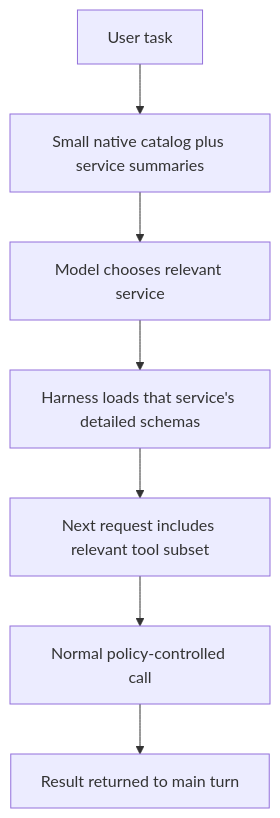
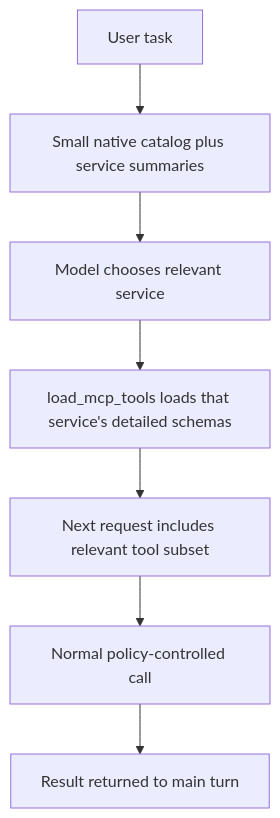
One commit to MetalCloth/mini-hermes changed the first of 7 diagrams in src/docs/14-roadmap-and-benchmark-readiness.md. Above: the diagram before and after it, drawn with Mermaid. The commit also changed other lines of this file and 18 other files, not shown here.

Commit message:
Load MCP tools on demand and improve TUI session behavior

````diff
--- a/src/docs/14-roadmap-and-benchmark-readiness.md
+++ b/src/docs/14-roadmap-and-benchmark-readiness.md
@@ -70,9 +70,9 @@
 ```mermaid
 flowchart TD
     U["User task"] --> S["Small native catalog plus service summaries"]
     S --> M["Model chooses relevant service"]
-    M --> D["Harness loads that service's detailed schemas"]
+    M --> D["load_mcp_tools loads that service's detailed schemas"]
     D --> R["Next request includes relevant tool subset"]
     R --> C["Normal policy-controlled call"]
     C --> O["Result returned to main turn"]
 ```
````
